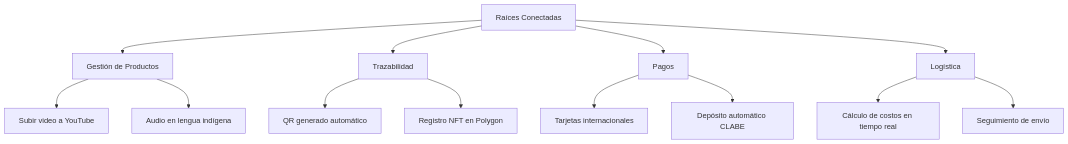
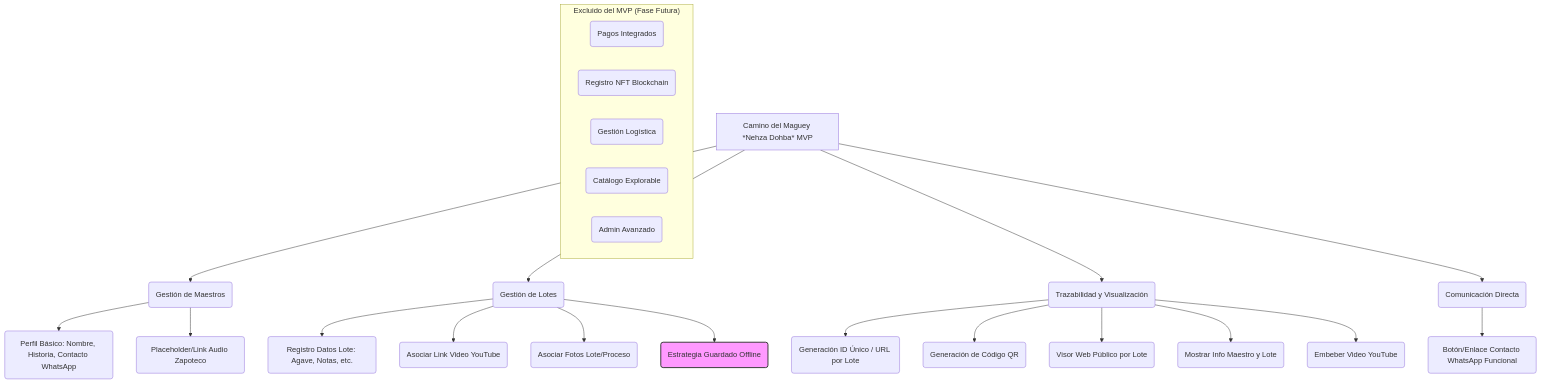
One commit to jangelmm/hackatec-2025-tecnm changed the fourth of 6 diagrams in README.md. Above: the diagram before and after it, drawn with Mermaid. The commit also changed other lines of this file, not shown here.

Commit message:
Fase 2 - version 3

````diff
--- a/README.md
+++ b/README.md
@@ -189,15 +278,30 @@
 ```mermaid
 graph TD
-    A[Raíces Conectadas] --> B[Gestión de Productos]
-    A --> C[Trazabilidad]
-    A --> D[Pagos]
-    A --> E[Logística]
-    B --> B1[Subir video a YouTube]
-    B --> B2[Audio en lengua indígena]
-    C --> C1[QR generado automático]
-    C --> C2[Registro NFT en Polygon]
-    D --> D1[Tarjetas internacionales]
-    D --> D2[Depósito automático CLABE]
-    E --> E1[Cálculo de costos en tiempo real]
-    E --> E2[Seguimiento de envío]
+    A[Camino del Maguey *Nehza Dohba* MVP] --> B(Gestión de Maestros)
+    A --> C(Gestión de Lotes)
+    A --> D(Trazabilidad y Visualización)
+    A --> E(Comunicación Directa)
+
+    B --> B1(Perfil Básico: Nombre, Historia, Contacto WhatsApp)
+    B --> B2(Placeholder/Link Audio Zapoteco)
+    C --> C1(Registro Datos Lote: Agave, Notas, etc.)
+    C --> C2(Asociar Link Video YouTube)
+    C --> C3(Asociar Fotos Lote/Proceso)
+    C --> C4(Estrategia Guardado Offline)
+    D --> D1(Generación ID Único / URL por Lote)
+    D --> D2(Generación de Código QR)
+    D --> D3(Visor Web Público por Lote)
+    D --> D4(Mostrar Info Maestro y Lote)
+    D --> D5(Embeber Video YouTube)
+    E --> E1(Botón/Enlace Contacto WhatsApp Funcional)
+
+    subgraph "Excluido del MVP (Fase Futura)"
+        X1(Pagos Integrados)
+        X2(Registro NFT Blockchain)
+        X3(Gestión Logística)
+        X4(Catálogo Explorable)
+        X5(Admin Avanzado)
+    end
+
+    style C4 fill:#f9f,stroke:#333,stroke-width:2px
 ```
````
